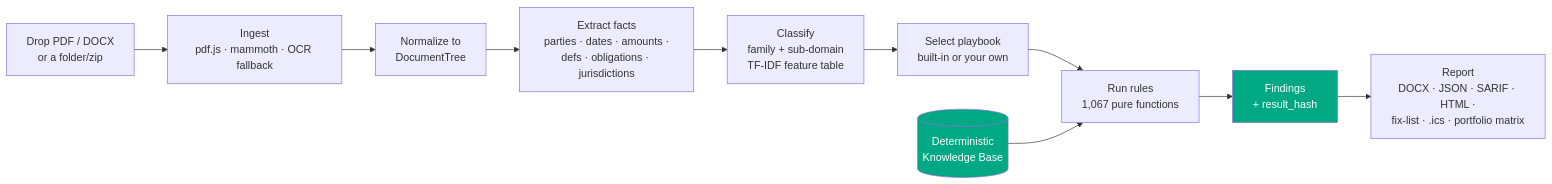
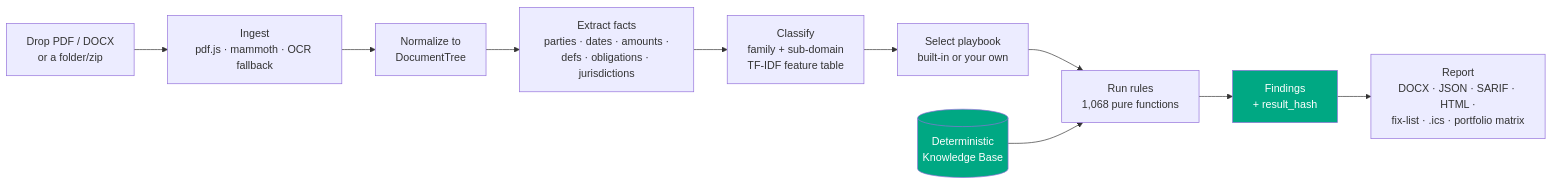
One commit to clay-good/vaulytica changed the first of 11 diagrams in README.md. Above: the diagram before and after it, drawn with Mermaid. The commit also changed other lines of this file and 363 other files, not shown here.

````diff
--- a/README.md
+++ b/README.md
@@ -27,14 +27,14 @@
 ```mermaid
 flowchart LR
   A[Drop PDF / DOCX<br/>or a folder/zip] --> B[Ingest<br/>pdf.js · mammoth · OCR fallback]
   B --> C[Normalize to<br/>DocumentTree]
   C --> D[Extract facts<br/>parties · dates · amounts ·<br/>defs · obligations · jurisdictions]
   D --> E[Classify<br/>family + sub-domain<br/>TF-IDF feature table]
   E --> F[Select playbook<br/>built-in or your own]
-  F --> G[Run rules<br/>1,067 pure functions]
+  F --> G[Run rules<br/>1,068 pure functions]
   G --> H[Findings<br/>+ result_hash]
   H --> I[Report<br/>DOCX · JSON · SARIF · HTML ·<br/>fix-list · .ics · portfolio matrix]
   K[(Deterministic<br/>Knowledge Base)] --> G
   style K fill:#00A883,color:#fff
   style H fill:#00A883,color:#fff
 ```
````
